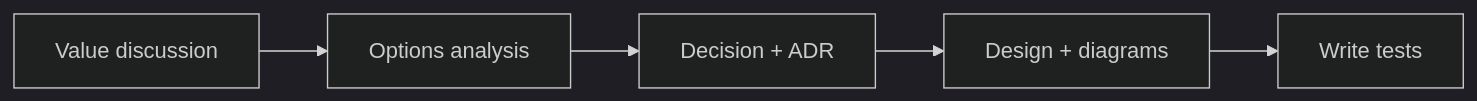
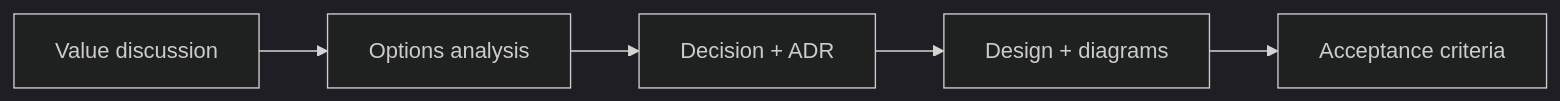
Before and after one commit to rkristelijn/llama-cli: the second of 5 diagrams in docs/adr-003-v-model-workflow.md, drawn with Mermaid (dark theme). The commit also changed other lines of this file, not shown here.

Commit message:
docs: rename 'write tests' to 'acceptance criteria' in workflow

````diff
--- a/docs/adr-003-v-model-workflow.md
+++ b/docs/adr-003-v-model-workflow.md
@@ -17,7 +17,7 @@
 ```mermaid
 graph LR
     A[Value discussion] --> B[Options analysis]
     B --> C[Decision + ADR]
     C --> D[Design + diagrams]
-    D --> E[Write tests]
+    D --> E[Acceptance criteria]
 ```
````
